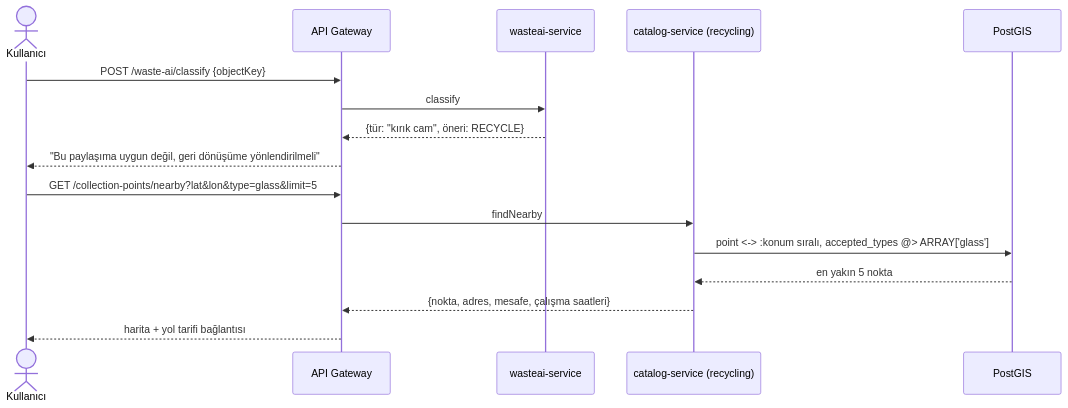
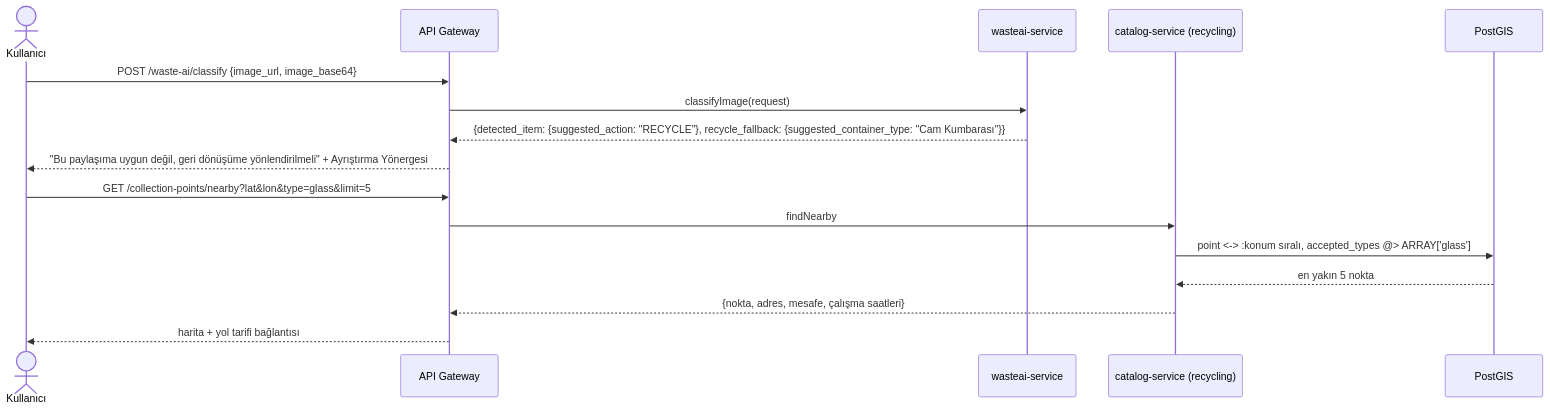
Before and after one commit to eemreozen/Yeniden: the fifth of 6 diagrams in docs/03-flows.md, drawn with Mermaid. The commit also changed other lines of this file and 27 other files, not shown here.

````diff
--- a/docs/03-flows.md
+++ b/docs/03-flows.md
@@ -168,20 +179,20 @@
 ```mermaid
 sequenceDiagram
     actor U as Kullanıcı
     participant API as API Gateway
     participant AI as wasteai-service
     participant C as catalog-service (recycling)
     participant DB as PostGIS
 
-    U->>API: POST /waste-ai/classify {objectKey}
-    API->>AI: classify
-    AI-->>API: {tür: "kırık cam", öneri: RECYCLE}
-    API-->>U: "Bu paylaşıma uygun değil, geri dönüşüme yönlendirilmeli"
+    U->>API: POST /waste-ai/classify {image_url, image_base64}
+    API->>AI: classifyImage(request)
+    AI-->>API: {detected_item: {suggested_action: "RECYCLE"}, recycle_fallback: {suggested_container_type: "Cam Kumbarası"}}
+    API-->>U: "Bu paylaşıma uygun değil, geri dönüşüme yönlendirilmeli" + Ayrıştırma Yönergesi
 
     U->>API: GET /collection-points/nearby?lat&lon&type=glass&limit=5
     API->>C: findNearby
     C->>DB: point <-> :konum sıralı, accepted_types @> ARRAY['glass']
     DB-->>C: en yakın 5 nokta
     C-->>API: {nokta, adres, mesafe, çalışma saatleri}
     API-->>U: harita + yol tarifi bağlantısı
 ```
````
